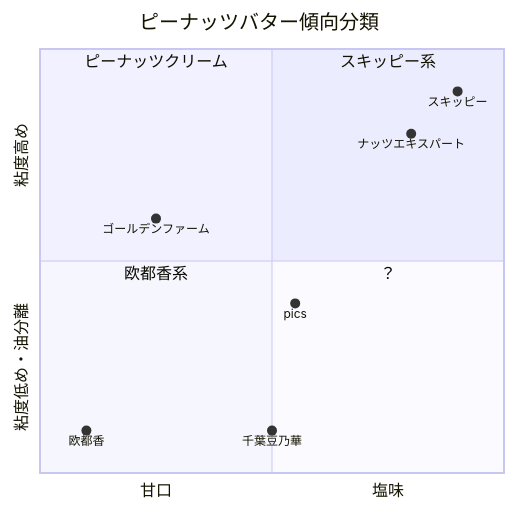
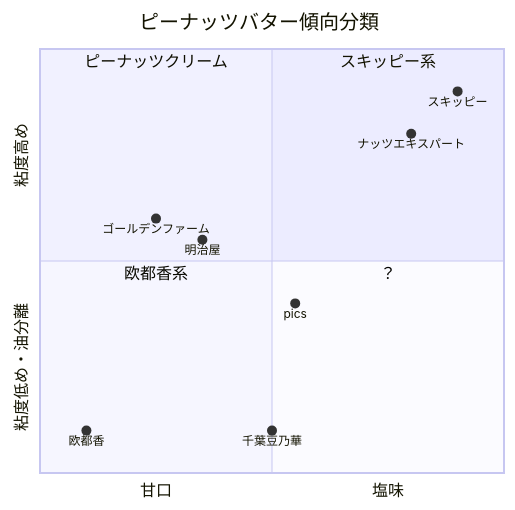
One commit to boronology/documents changed the diagram in content/docs/peanutbutter/index.md. Above: the diagram before and after it, drawn with Mermaid. The commit also changed other lines of this file and 3 other files, not shown here.

````diff
--- a/content/docs/peanutbutter/index.md
+++ b/content/docs/peanutbutter/index.md
@@ -119,17 +125,18 @@
 ```mermaid
 quadrantChart
     title ピーナッツバター傾向分類
     x-axis "甘口" --> "塩味"
     y-axis "粘度低め・油分離" --> "粘度高め"
     quadrant-1 "スキッピー系"
     quadrant-2 "ピーナッツクリーム"
     quadrant-3 "欧都香系"
     quadrant-4 "？"
     
     "スキッピー": [0.90, 0.90]
     "ナッツエキスパート": [0.8, 0.8]
     "欧都香": [0.10, 0.10]
     "ゴールデンファーム": [0.25, 0.6]
     "pics": [0.55, 0.4]
     "千葉豆乃華": [0.50,0.10]
+    "明治屋": [0.35,0.55]
 ```
````
